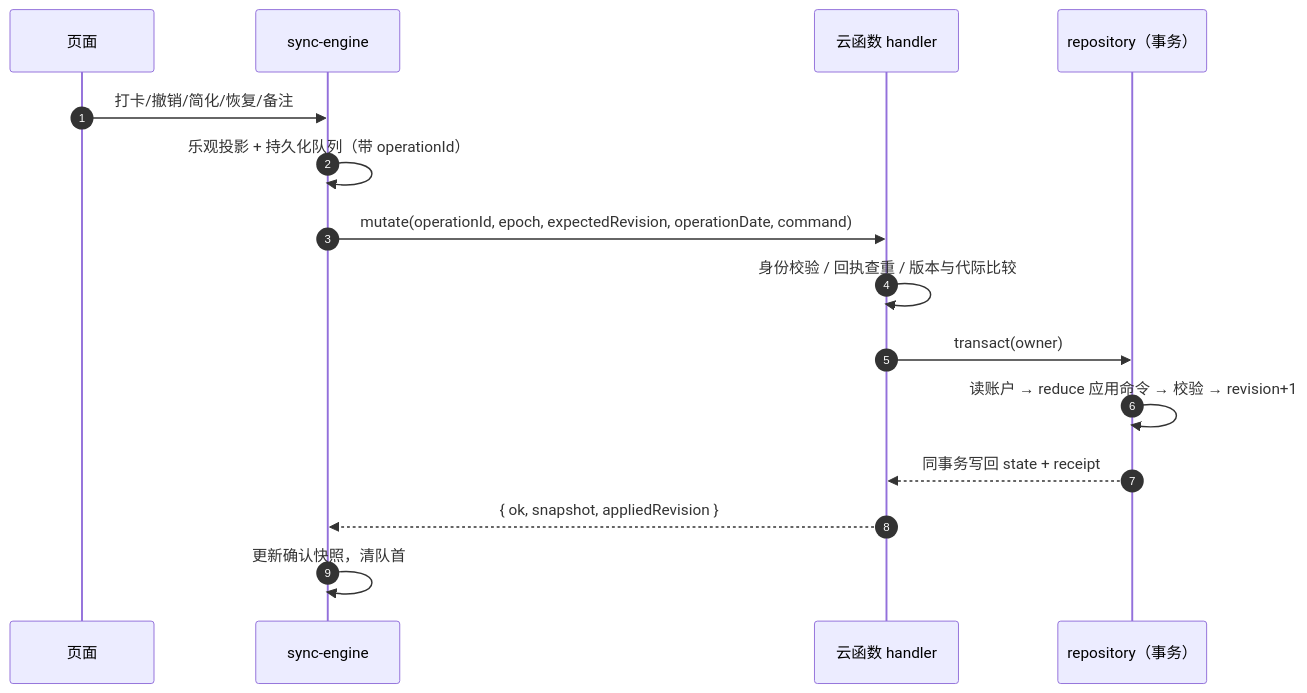
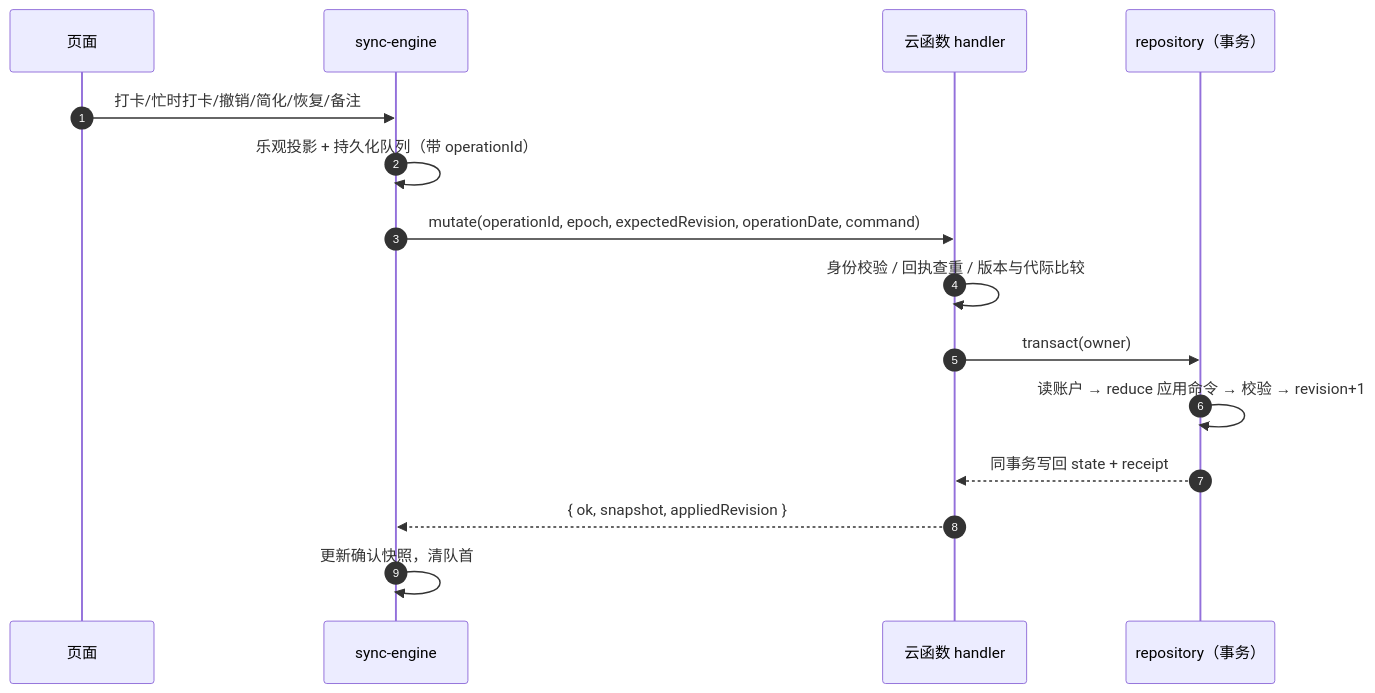
Before and after one commit to dcd654321/jiancheng: the third of 3 diagrams in docs/DESIGN-DETAIL.md, drawn with Mermaid. The commit also changed other lines of this file and 28 other files, not shown here.

````diff
--- a/docs/DESIGN-DETAIL.md
+++ b/docs/DESIGN-DETAIL.md
@@ -66,17 +88,17 @@
 ```mermaid
 sequenceDiagram
     autonumber
     participant P as 页面
     participant S as sync-engine
     participant C as 云函数 handler
     participant R as repository（事务）
-    P->>S: 打卡/撤销/简化/恢复/备注
+    P->>S: 打卡/忙时打卡/撤销/简化/恢复/备注
     S->>S: 乐观投影 + 持久化队列（带 operationId）
     S->>C: mutate(operationId, epoch, expectedRevision, operationDate, command)
     C->>C: 身份校验 / 回执查重 / 版本与代际比较
     C->>R: transact(owner)
     R->>R: 读账户 → reduce 应用命令 → 校验 → revision+1
     R-->>C: 同事务写回 state + receipt
     C-->>S: { ok, snapshot, appliedRevision }
     S->>S: 更新确认快照，清队首
 ```
````
